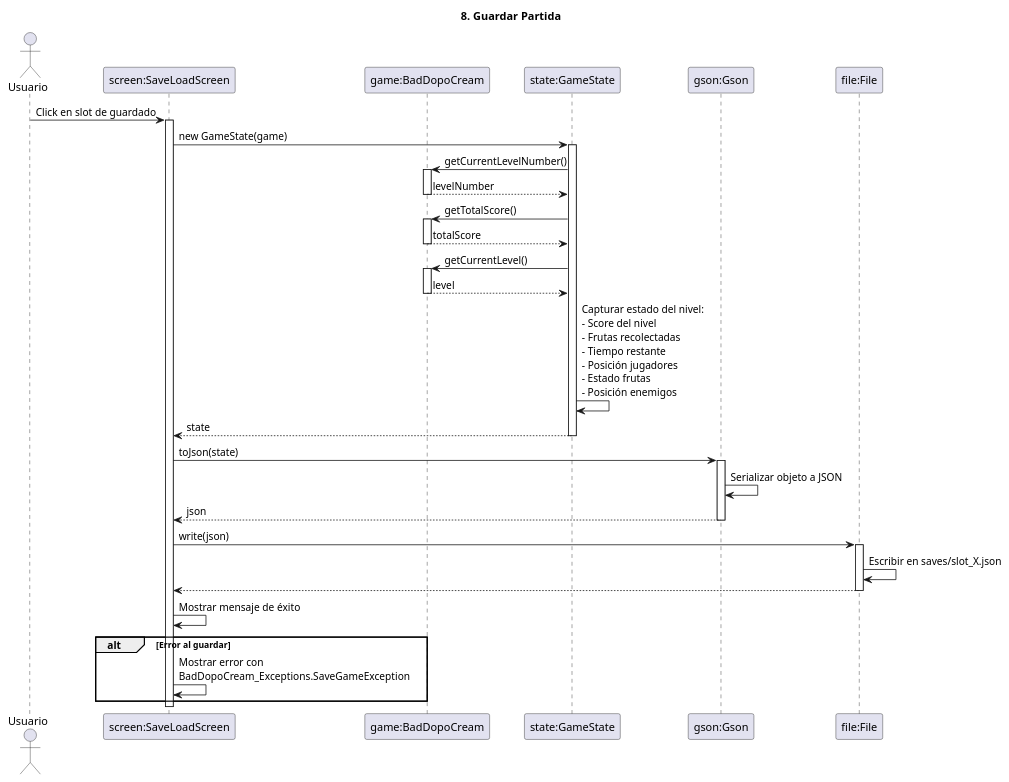
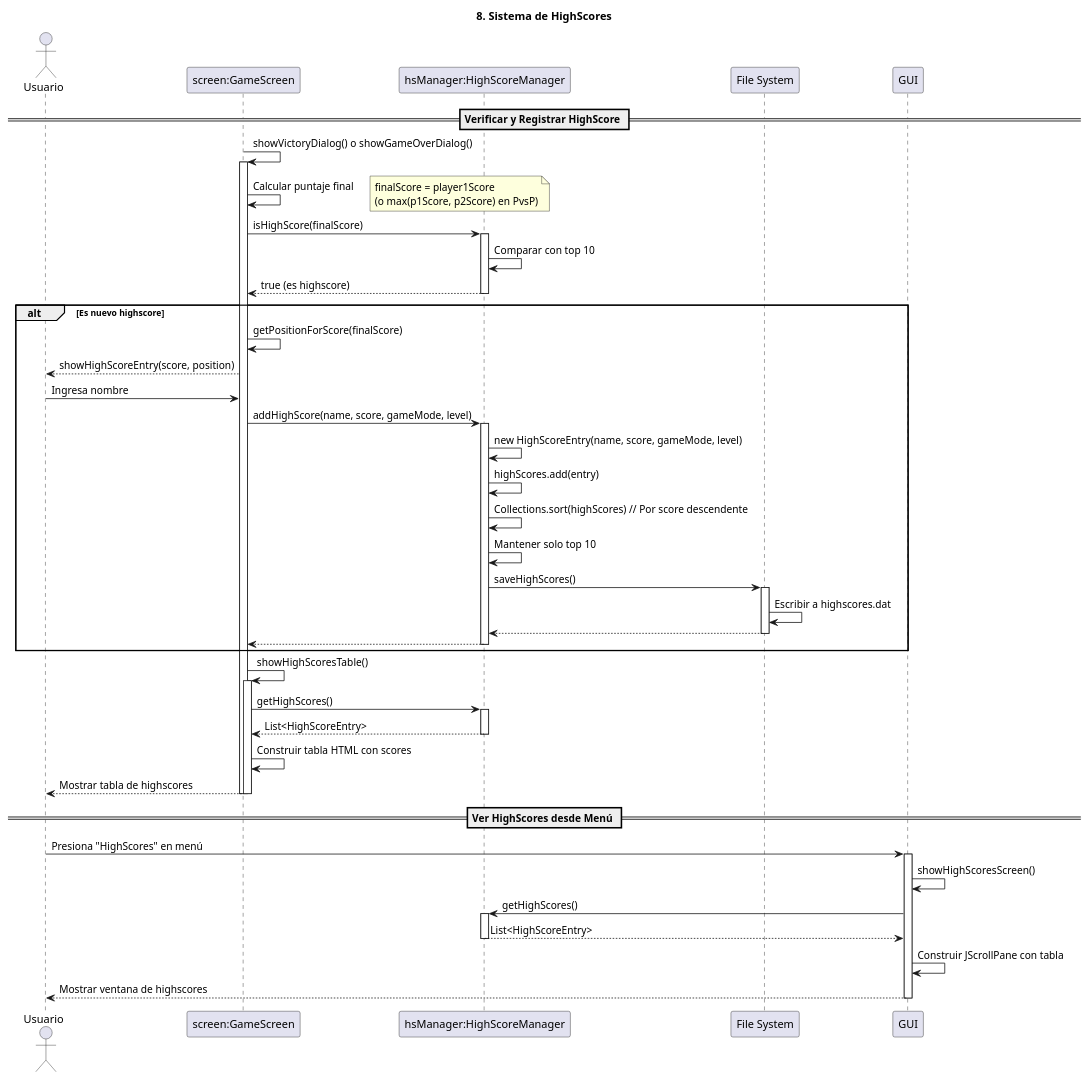
Before and after one commit to AnotherCreatorAnonymous/BadDopocream: the ninth of 11 diagrams in docs/sequence-diagrams.puml, drawn with PlantUML. The commit also changed other lines of this file and 146 other files, not shown here.

Commit message:
Proyecto Bad Dopo Cream completo - 4 modos de juego, IA de enemigos y jugadores, sistema de puntajes y highscores, 95 tests JUnit, diagramas PlantUML actualizados

```diff
--- a/docs/sequence-diagrams.puml
+++ b/docs/sequence-diagrams.puml
@@ -627,52 +783,76 @@
-@startuml 08_Guardar_Partida
+@startuml 08_Sistema_Highscores
 
-title 8. Guardar Partida
+title 8. Sistema de HighScores
 
 actor Usuario
-participant "screen:SaveLoadScreen" as Screen
-participant "game:BadDopoCream" as Game
-participant "state:GameState" as State
-participant "gson:Gson" as Gson
-participant "file:File" as File
+participant "screen:GameScreen" as Screen
+participant "hsManager:HighScoreManager" as HSManager
+participant "File System" as FS
 
-Usuario -> Screen: Click en slot de guardado
+== Verificar y Registrar HighScore ==
+
+Screen -> Screen: showVictoryDialog() o showGameOverDialog()
 activate Screen
 
-Screen -> State: new GameState(game)
-activate State
+Screen -> Screen: Calcular puntaje final
+note right: finalScore = player1Score\n(o max(p1Score, p2Score) en PvsP)
 
-State -> Game: getCurrentLevelNumber()
-activate Game
-return levelNumber
+Screen -> HSManager: isHighScore(finalScore)
+activate HSManager
 
-State -> Game: getTotalScore()
-activate Game
-return totalScore
+HSManager -> HSManager: Comparar con top 10
+return true (es highscore)
 
-State -> Game: getCurrentLevel()
-activate Game
-return level
+alt Es nuevo highscore
 
-State -> State: Capturar estado del nivel:\n- Score del nivel\n- Frutas recolectadas\n- Tiempo restante\n- Posición jugadores\n- Estado frutas\n- Posición enemigos
+    Screen -> Screen: getPositionForScore(finalScore)
+    Screen --> Usuario: showHighScoreEntry(score, position)
+    
+    Usuario -> Screen: Ingresa nombre
+    
+    Screen -> HSManager: addHighScore(name, score, gameMode, level)
+    activate HSManager
+    
+    HSManager -> HSManager: new HighScoreEntry(name, score, gameMode, level)
+    HSManager -> HSManager: highScores.add(entry)
+    HSManager -> HSManager: Collections.sort(highScores) // Por score descendente
+    HSManager -> HSManager: Mantener solo top 10
+    
+    HSManager -> FS: saveHighScores()
+    activate FS
+    FS -> FS: Escribir a highscores.dat
+    return
+    
+    return
 
-return state
-
-Screen -> Gson: toJson(state)
-activate Gson
-Gson -> Gson: Serializar objeto a JSON
-return json
-
-Screen -> File: write(json)
-activate File
-File -> File: Escribir en saves/slot_X.json
-return
-
-Screen -> Screen: Mostrar mensaje de éxito
-
-alt Error al guardar
-    Screen -> Screen: Mostrar error con\nBadDopoCream_Exceptions.SaveGameException
 end
 
+Screen -> Screen: showHighScoresTable()
+activate Screen
+
+Screen -> HSManager: getHighScores()
+activate HSManager
+return List<HighScoreEntry>
+
+Screen -> Screen: Construir tabla HTML con scores
+Screen --> Usuario: Mostrar tabla de highscores
+
+deactivate Screen
 deactivate Screen
 
+== Ver HighScores desde Menú ==
+
+Usuario -> GUI: Presiona "HighScores" en menú
+activate GUI
+
+GUI -> GUI: showHighScoresScreen()
+GUI -> HSManager: getHighScores()
+activate HSManager
+return List<HighScoreEntry>
+
+GUI -> GUI: Construir JScrollPane con tabla
+GUI --> Usuario: Mostrar ventana de highscores
+
+deactivate GUI
+
 @enduml
```
